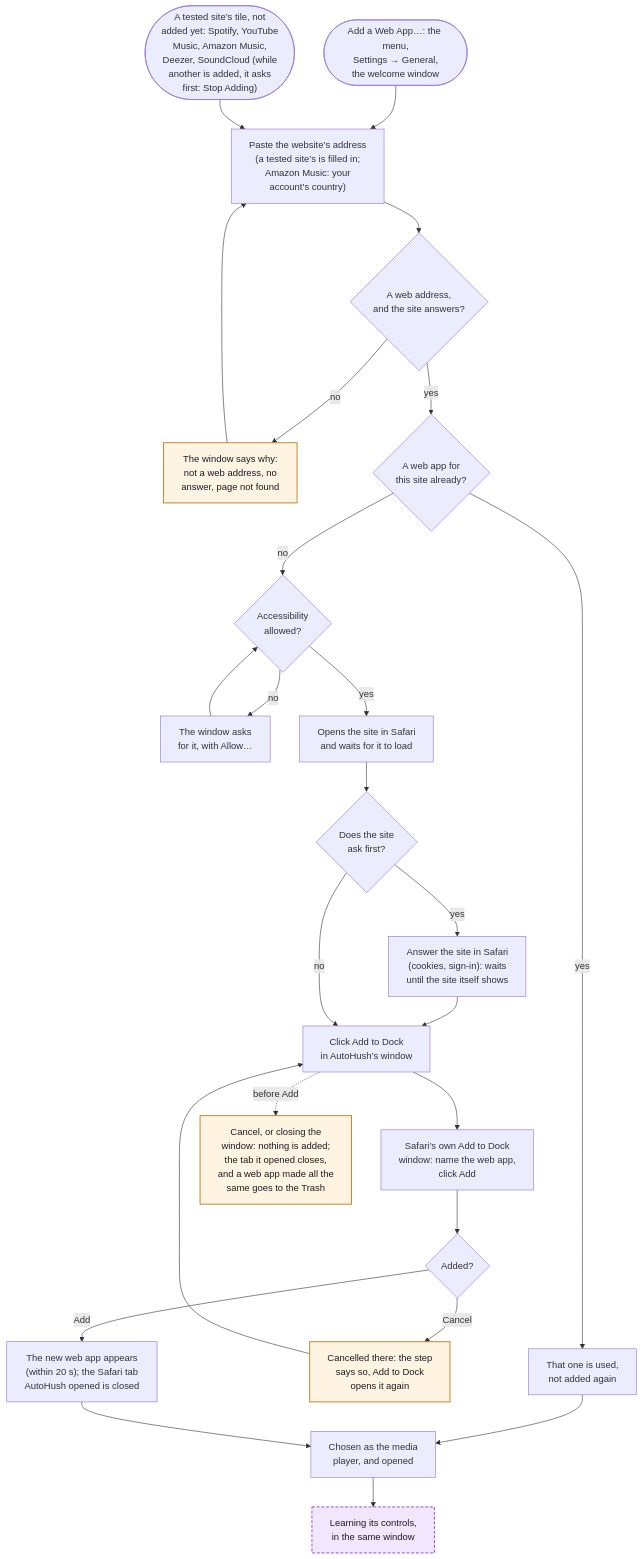
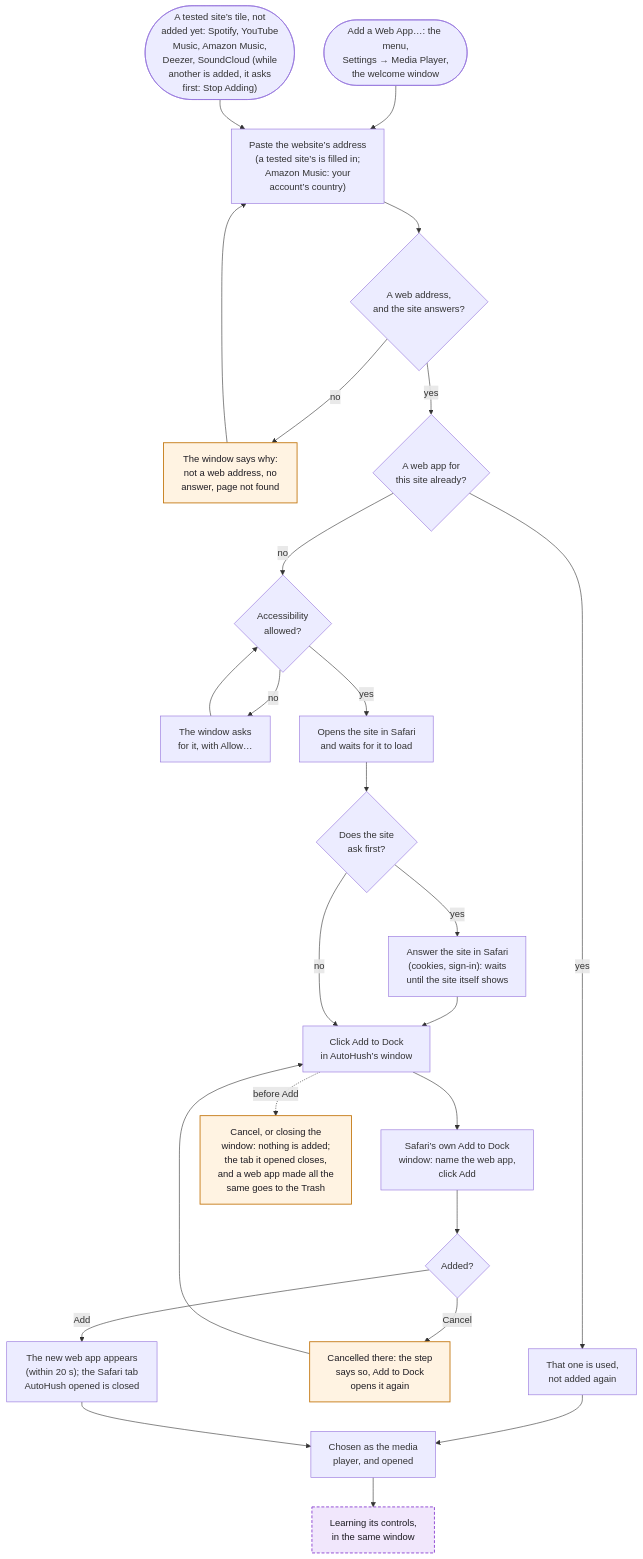
One commit to hfustercabre/AutoHush changed the seventh of 14 diagrams in WORKFLOWS.md. Above: the diagram before and after it, drawn with Mermaid. The commit also changed other lines of this file and 54 other files, not shown here.

First line of the commit message:
feat: a shorter menu and simpler Settings

````diff
--- a/WORKFLOWS.md
+++ b/WORKFLOWS.md
@@ -379,44 +379,44 @@
 ```mermaid
 flowchart TD
-  ST(["Add a Web App…: the menu,<br/>Settings → General,<br/>the welcome window"])
+  ST(["Add a Web App…: the menu,<br/>Settings → Media Player,<br/>the welcome window"])
   SUG(["A tested site’s tile, not<br/>added yet: Spotify, YouTube<br/>Music, Amazon Music,<br/>Deezer, SoundCloud (while<br/>another is added, it asks<br/>first: Stop Adding)"])
   ADDR["Paste the website’s address<br/>(a tested site’s is filled in;<br/>Amazon Music: your<br/>account’s country)"]
   CHK{"A web address,<br/>and the site answers?"}
   ERR["The window says why:<br/>not a web address, no<br/>answer, page not found"]
   DUP{"A web app for<br/>this site already?"}
   USE["That one is used,<br/>not added again"]
   ACC{"Accessibility<br/>allowed?"}
   ACCN["The window asks<br/>for it, with Allow…"]
   OPEN["Opens the site in Safari<br/>and waits for it to load"]
   ASKS{"Does the site<br/>ask first?"}
   ANS["Answer the site in Safari<br/>(cookies, sign-in): waits<br/>until the site itself shows"]
   BTN["Click Add to Dock<br/>in AutoHush’s window"]
   DLG["Safari’s own Add to Dock<br/>window: name the web app,<br/>click Add"]
   OUT{"Added?"}
   AGAIN["Cancelled there: the step<br/>says so, Add to Dock<br/>opens it again"]
   MADE["The new web app appears<br/>(within 20 s); the Safari tab<br/>AutoHush opened is closed"]
   CHO["Chosen as the media<br/>player, and opened"]
   LRN["Learning its controls,<br/>in the same window"]
   STOP["Cancel, or closing the<br/>window: nothing is added;<br/>the tab it opened closes,<br/>and a web app made all the<br/>same goes to the Trash"]
 
   ST --> ADDR
   SUG --> ADDR
   ADDR --> CHK
   CHK -->|"no"| ERR --> ADDR
   CHK -->|"yes"| DUP
   DUP -->|"yes"| USE --> CHO
   DUP -->|"no"| ACC
   ACC -->|"no"| ACCN --> ACC
   ACC -->|"yes"| OPEN --> ASKS
   ASKS -->|"yes"| ANS --> BTN
   ASKS -->|"no"| BTN
   BTN --> DLG --> OUT
   OUT -->|"Cancel"| AGAIN --> BTN
   OUT -->|"Add"| MADE --> CHO --> LRN
   BTN -.->|"before Add"| STOP
 
   class LRN ref
   class ERR,AGAIN,STOP warn
   classDef ref fill:#f1e7fc,stroke:#8a3fd1,stroke-width:1.5px,stroke-dasharray: 5 3,color:#1d1b22
   classDef warn fill:#fff3e2,stroke:#c47812,stroke-width:1.5px,color:#1d1b22
 ```
````
